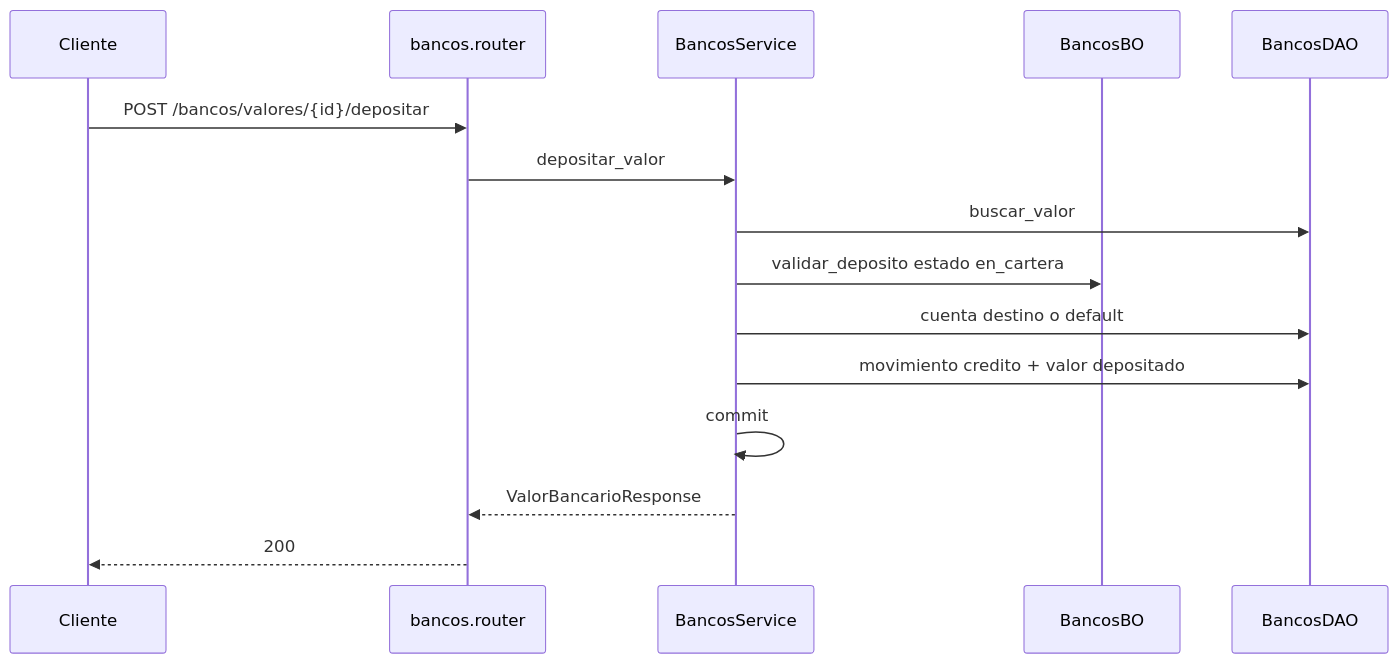
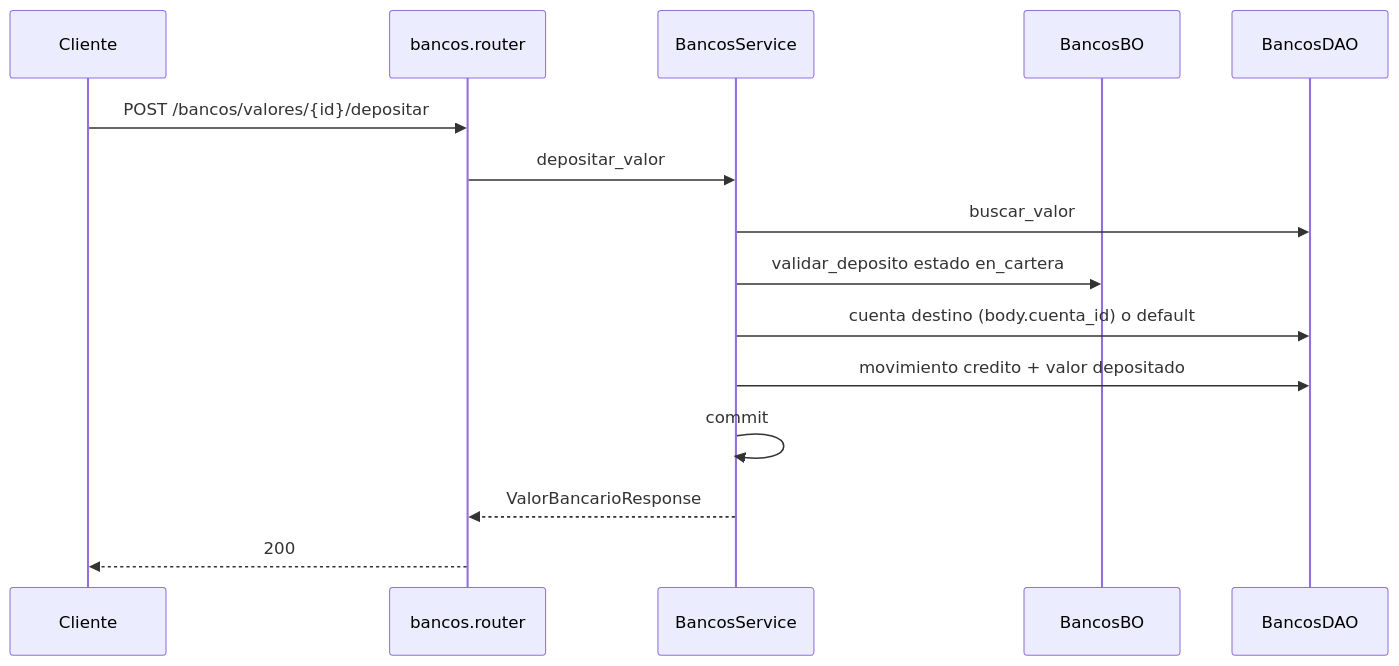
One commit to estsan3/ventas360-api changed the third of 3 diagrams in docs/diagramas/bancos.md. Above: the diagram before and after it, drawn with Mermaid. The commit also changed other lines of this file and 21 other files, not shown here.

First line of the commit message:
docs: re-sincronizar diagramas de secuencia por módulo (2026-11-11)

````diff
--- a/docs/diagramas/bancos.md
+++ b/docs/diagramas/bancos.md
@@ -52,18 +54,18 @@
 ```mermaid
 sequenceDiagram
     participant Cliente
     participant Router as bancos.router
     participant Service as BancosService
     participant BO as BancosBO
     participant DAO as BancosDAO
 
     Cliente->>Router: POST /bancos/valores/{id}/depositar
     Router->>Service: depositar_valor
     Service->>DAO: buscar_valor
     Service->>BO: validar_deposito estado en_cartera
-    Service->>DAO: cuenta destino o default
+    Service->>DAO: cuenta destino (body.cuenta_id) o default
     Service->>DAO: movimiento credito + valor depositado
     Service->>Service: commit
     Service-->>Router: ValorBancarioResponse
     Router-->>Cliente: 200
 ```
````
